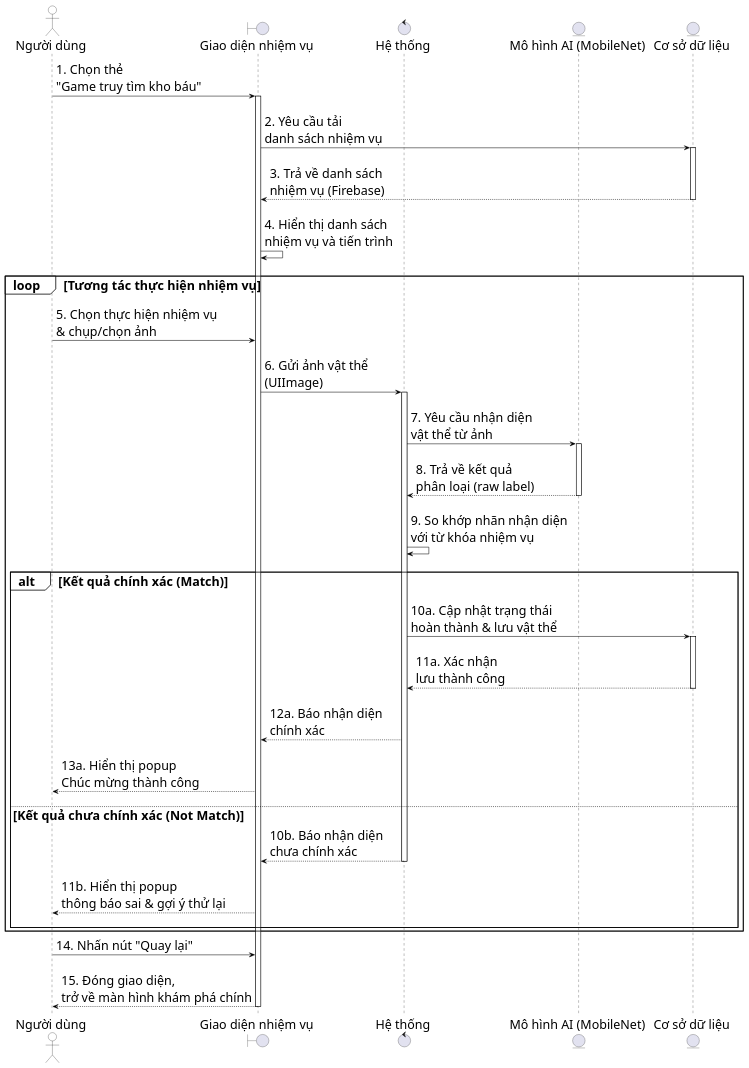
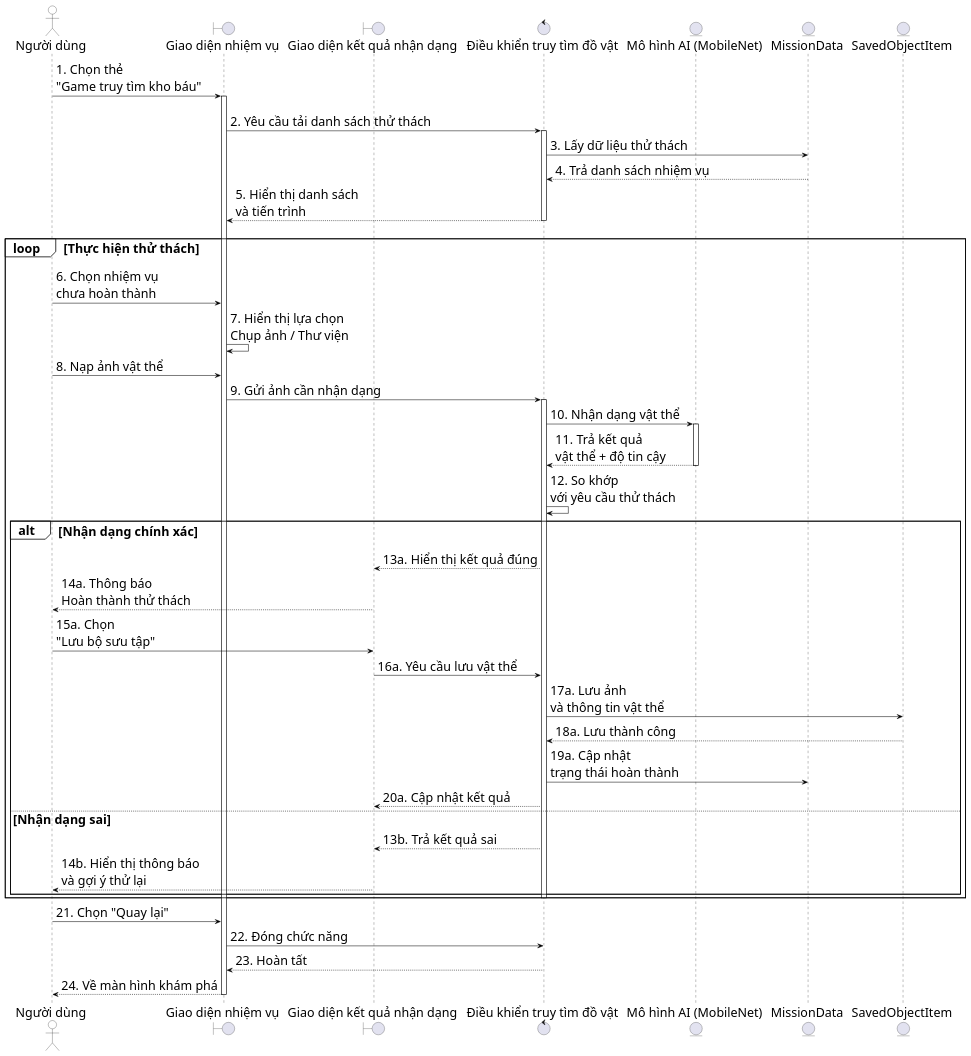
The diagram in docs/SD/sequence_diagram_treasure_hunt.puml (mitiie/KidX), drawn with PlantUML before and after one commit. The commit also changed 26 other files, not shown here.

```diff
--- a/docs/SD/sequence_diagram_treasure_hunt.puml
+++ b/docs/SD/sequence_diagram_treasure_hunt.puml
@@ -1,85 +1,149 @@
 @startuml SD_TruyTimDoVat
+
 skinparam defaultFontName Arial
 skinparam defaultFontSize 24
 skinparam shadowing false
 skinparam ParticipantPadding 10
 skinparam BoxPadding 5
 
 skinparam sequence {
   ParticipantBorderColor Black
   ParticipantBackgroundColor White
   ActorBorderColor Black
   ActorBackgroundColor White
   LifeLineBorderColor Black
   LifeLineBorderThickness 2
   LifeLineBackgroundColor White
   ArrowColor Black
   GroupBorderColor Black
   GroupBackgroundColor White
   ActivationBorderColor Black
   ActivationBackgroundColor #EEEEEE
 }
 
+
 actor "Người dùng" as User
+
 boundary "Giao diện nhiệm vụ" as UI
-control "Hệ thống" as Controller
+
+boundary "Giao diện kết quả nhận dạng" as ResultUI
+
+control "Điều khiển truy tìm đồ vật" as Controller
+
 entity "Mô hình AI (MobileNet)" as AI
-entity "Cơ sở dữ liệu" as CSDL
+
+entity "MissionData" as Mission
+
+entity "SavedObjectItem" as Saved
+
+
 
 User -> UI : 1. Chọn thẻ\n"Game truy tìm kho báu"
+
 activate UI
+
 ||20||
 
-UI -> CSDL : 2. Yêu cầu tải\ndanh sách nhiệm vụ
-activate CSDL
-||20||
-CSDL --> UI : 3. Trả về danh sách\nnhiệm vụ (Firebase)
-deactivate CSDL
+UI -> Controller : 2. Yêu cầu tải danh sách thử thách
+
+activate Controller
+
+Controller -> Mission : 3. Lấy dữ liệu thử thách
+
+Mission --> Controller : 4. Trả danh sách nhiệm vụ
+
+Controller --> UI : 5. Hiển thị danh sách\nvà tiến trình
+
+deactivate Controller
+
 ||20||
 
-UI -> UI : 4. Hiển thị danh sách\nnhiệm vụ và tiến trình
-||20||
 
-loop Tương tác thực hiện nhiệm vụ
-  User -> UI : 5. Chọn thực hiện nhiệm vụ\n& chụp/chọn ảnh
-  ||20||
-  UI -> Controller : 6. Gửi ảnh vật thể\n(UIImage)
+
+loop Thực hiện thử thách
+
+  User -> UI : 6. Chọn nhiệm vụ\nchưa hoàn thành
+
+  UI -> UI : 7. Hiển thị lựa chọn\nChụp ảnh / Thư viện
+
+
+  User -> UI : 8. Nạp ảnh vật thể
+
+
+  UI -> Controller : 9. Gửi ảnh cần nhận dạng
+
   activate Controller
-  ||20||
-  
-  Controller -> AI : 7. Yêu cầu nhận diện\nvật thể từ ảnh
+
+
+  Controller -> AI : 10. Nhận dạng vật thể
+
   activate AI
-  ||20||
-  AI --> Controller : 8. Trả về kết quả\nphân loại (raw label)
+
+  AI --> Controller : 11. Trả kết quả\nvật thể + độ tin cậy
+
   deactivate AI
-  ||20||
-  
-  Controller -> Controller : 9. So khớp nhãn nhận diện\nvới từ khóa nhiệm vụ
-  ||20||
-  
-  alt Kết quả chính xác (Match)
-    Controller -> CSDL : 10a. Cập nhật trạng thái\nhoàn thành & lưu vật thể
-    activate CSDL
-    ||20||
-    CSDL --> Controller : 11a. Xác nhận\nlưu thành công
-    deactivate CSDL
-    ||20||
-    Controller --> UI : 12a. Báo nhận diện\nchính xác
-    ||20||
-    UI --> User : 13a. Hiển thị popup\nChúc mừng thành công
-    ||20||
-    
-  else Kết quả chưa chính xác (Not Match)
-    Controller --> UI : 10b. Báo nhận diện\nchưa chính xác
-    deactivate Controller
-    ||20||
-    UI --> User : 11b. Hiển thị popup\nthông báo sai & gợi ý thử lại
-    ||20||
+
+
+  Controller -> Controller : 12. So khớp\nvới yêu cầu thử thách
+
+
+
+  alt Nhận dạng chính xác
+
+
+    Controller --> ResultUI : 13a. Hiển thị kết quả đúng
+
+    ResultUI --> User : 14a. Thông báo\nHoàn thành thử thách
+
+
+    User -> ResultUI : 15a. Chọn\n"Lưu bộ sưu tập"
+
+
+    ResultUI -> Controller : 16a. Yêu cầu lưu vật thể
+
+
+    Controller -> Saved : 17a. Lưu ảnh\nvà thông tin vật thể
+
+    Saved --> Controller : 18a. Lưu thành công
+
+
+    Controller -> Mission : 19a. Cập nhật\ntrạng thái hoàn thành
+
+
+    Controller --> ResultUI : 20a. Cập nhật kết quả
+
+
+
+  else Nhận dạng sai
+
+
+    Controller --> ResultUI : 13b. Trả kết quả sai
+
+    ResultUI --> User : 14b. Hiển thị thông báo\nvà gợi ý thử lại
+
+
   end
+
+
+  deactivate Controller
+
 end
 
-User -> UI : 14. Nhấn nút "Quay lại"
-||20||
-UI --> User : 15. Đóng giao diện,\ntrở về màn hình khám phá chính
+
+
+User -> UI : 21. Chọn "Quay lại"
+
+
+UI -> Controller : 22. Đóng chức năng
+
+
+Controller --> UI : 23. Hoàn tất
+
+
+UI --> User : 24. Về màn hình khám phá
+
+
 deactivate UI
+
+
 @enduml
```
